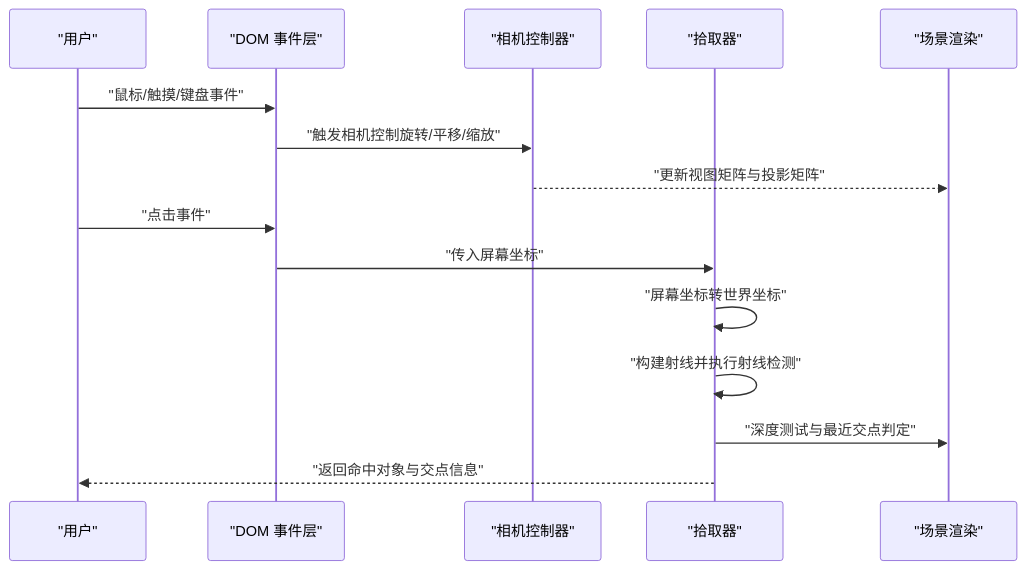
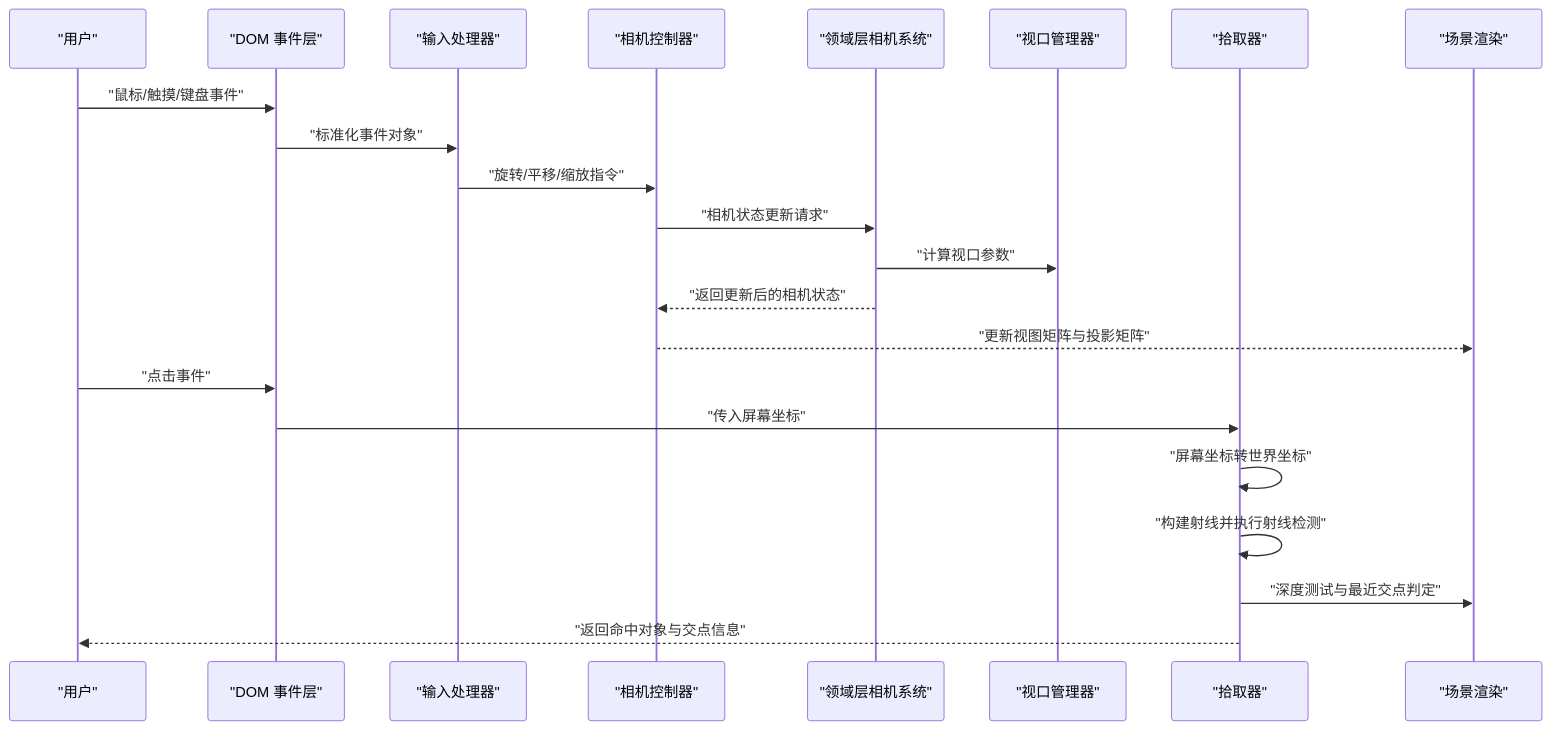
Before and after one commit to rzhangjing/cesium: the second of 7 diagrams in .qoder/repowiki/zh/content/项目概述/核心特性/相机与交互控制/相机与交互控制.md, drawn with Mermaid. The commit also changed other lines of this file and 92 other files, not shown here.

````diff
--- a/.qoder/repowiki/zh/content/项目概述/核心特性/相机与交互控制/相机与交互控制.md
+++ b/.qoder/repowiki/zh/content/项目概述/核心特性/相机与交互控制/相机与交互控制.md
@@ -112,17 +1490,24 @@
 ```mermaid
 sequenceDiagram
 participant U as "用户"
 participant DOM as "DOM 事件层"
-participant Cam as "相机控制器"
+participant Input as "输入处理器"
+participant CamCtrl as "相机控制器"
+participant DomainCam as "领域层相机系统"
+participant Viewport as "视口管理器"
 participant Pick as "拾取器"
 participant Scene as "场景渲染"
 U->>DOM : "鼠标/触摸/键盘事件"
-DOM->>Cam : "触发相机控制旋转/平移/缩放"
-Cam-->>Scene : "更新视图矩阵与投影矩阵"
+DOM->>Input : "标准化事件对象"
+Input->>CamCtrl : "旋转/平移/缩放指令"
+CamCtrl->>DomainCam : "相机状态更新请求"
+DomainCam->>Viewport : "计算视口参数"
+DomainCam-->>CamCtrl : "返回更新后的相机状态"
+CamCtrl-->>Scene : "更新视图矩阵与投影矩阵"
 U->>DOM : "点击事件"
 DOM->>Pick : "传入屏幕坐标"
 Pick->>Pick : "屏幕坐标转世界坐标"
 Pick->>Pick : "构建射线并执行射线检测"
 Pick->>Scene : "深度测试与最近交点判定"
 Pick-->>U : "返回命中对象与交点信息"
 ```
````
